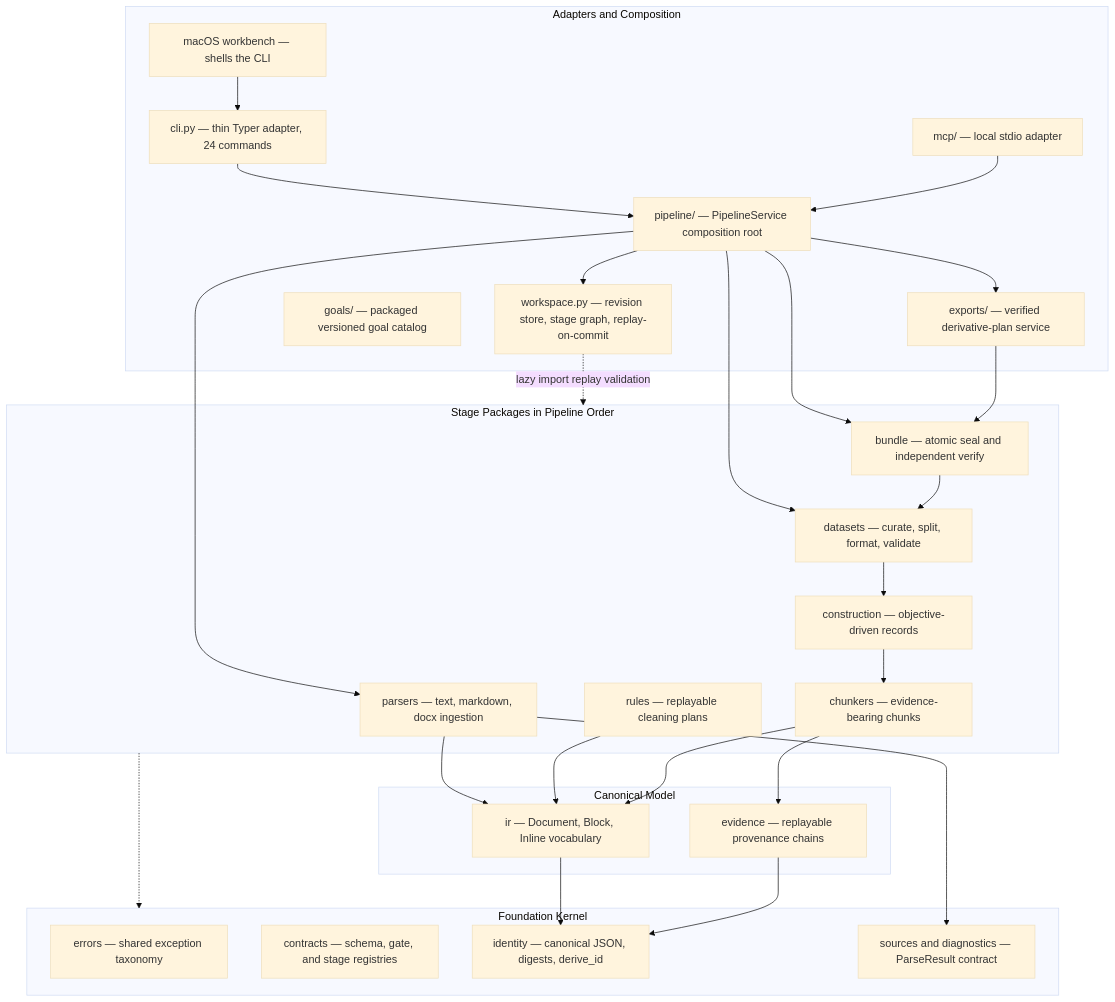
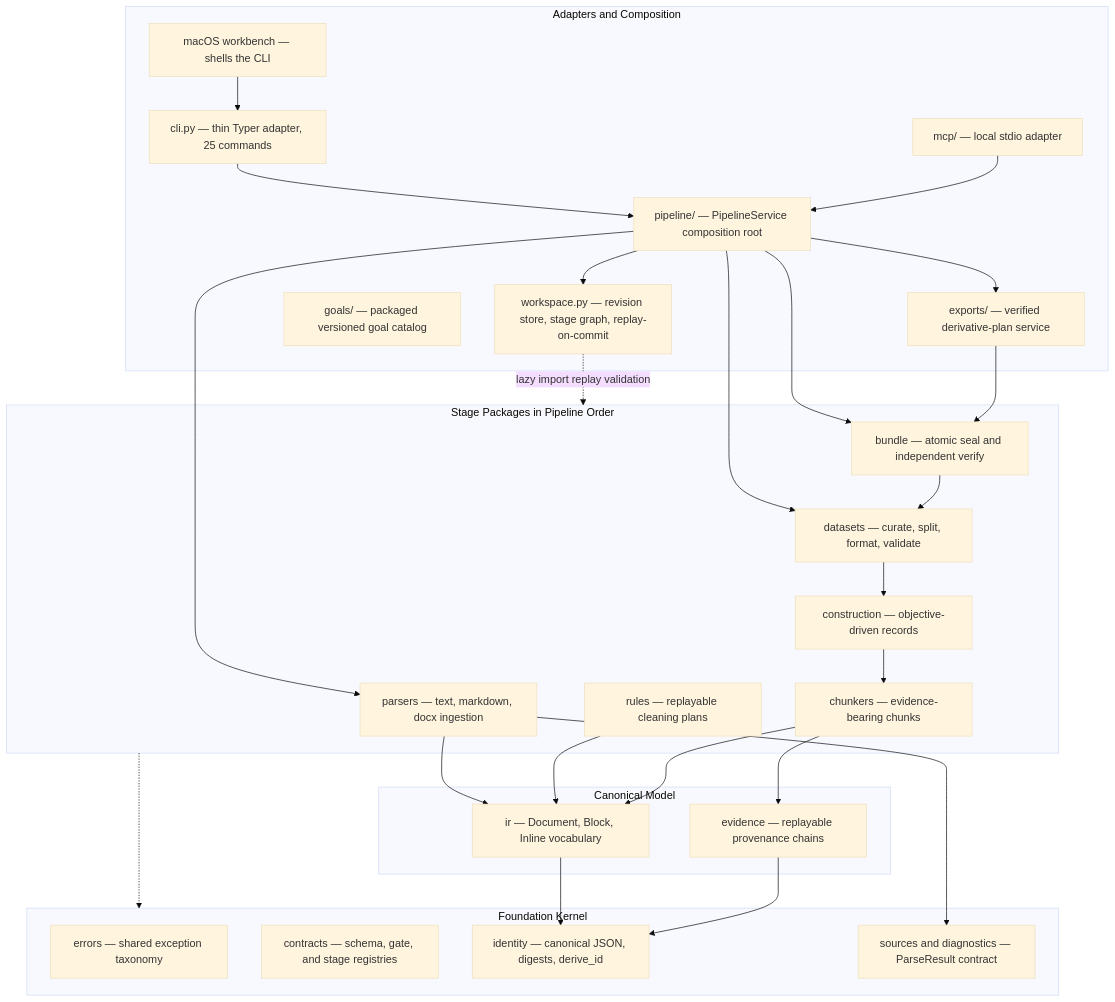
The diagram in docs/architecture/README.md (ogprotege/Veriformis), drawn with Mermaid (base theme) before and after one commit. The commit also changed 27 other files, not shown here.

````diff
--- a/docs/architecture/README.md
+++ b/docs/architecture/README.md
@@ -101,55 +101,55 @@
 ```mermaid
 flowchart TB
     subgraph entry["Adapters and Composition"]
-        CLI["cli.py — thin Typer adapter, 24 commands"]
+        CLI["cli.py — thin Typer adapter, 25 commands"]
         MCP["mcp/ — local stdio adapter"]
         MAC["macOS workbench — shells the CLI"]
         PIP["pipeline/ — PipelineService composition root"]
         EXP["exports/ — verified derivative-plan service"]
         GOALS["goals/ — packaged versioned goal catalog"]
         WS["workspace.py — revision store, stage graph, replay-on-commit"]
     end
 
     subgraph stages["Stage Packages in Pipeline Order"]
         P["parsers — text, markdown, docx ingestion"]
         R["rules — replayable cleaning plans"]
         C["chunkers — evidence-bearing chunks"]
         CT["construction — objective-driven records"]
         DS["datasets — curate, split, format, validate"]
         B["bundle — atomic seal and independent verify"]
     end
 
     subgraph core["Canonical Model"]
         IR["ir — Document, Block, Inline vocabulary"]
         EV["evidence — replayable provenance chains"]
     end
 
     subgraph foundation["Foundation Kernel"]
         ERR["errors — shared exception taxonomy"]
         CON["contracts — schema, gate, and stage registries"]
         ID["identity — canonical JSON, digests, derive_id"]
         SRC["sources and diagnostics — ParseResult contract"]
     end
 
     CLI --> PIP
     MCP --> PIP
     MAC --> CLI
     PIP --> WS
     PIP --> EXP
     PIP --> P
     PIP --> DS
     PIP --> B
     EXP --> B
     WS -. "lazy import replay validation" .-> stages
     P --> IR
     R --> IR
     C --> IR
     C --> EV
     CT --> C
     DS --> CT
     B --> DS
     P --> SRC
     IR --> ID
     EV --> ID
     stages -.-> foundation
 ```
````
